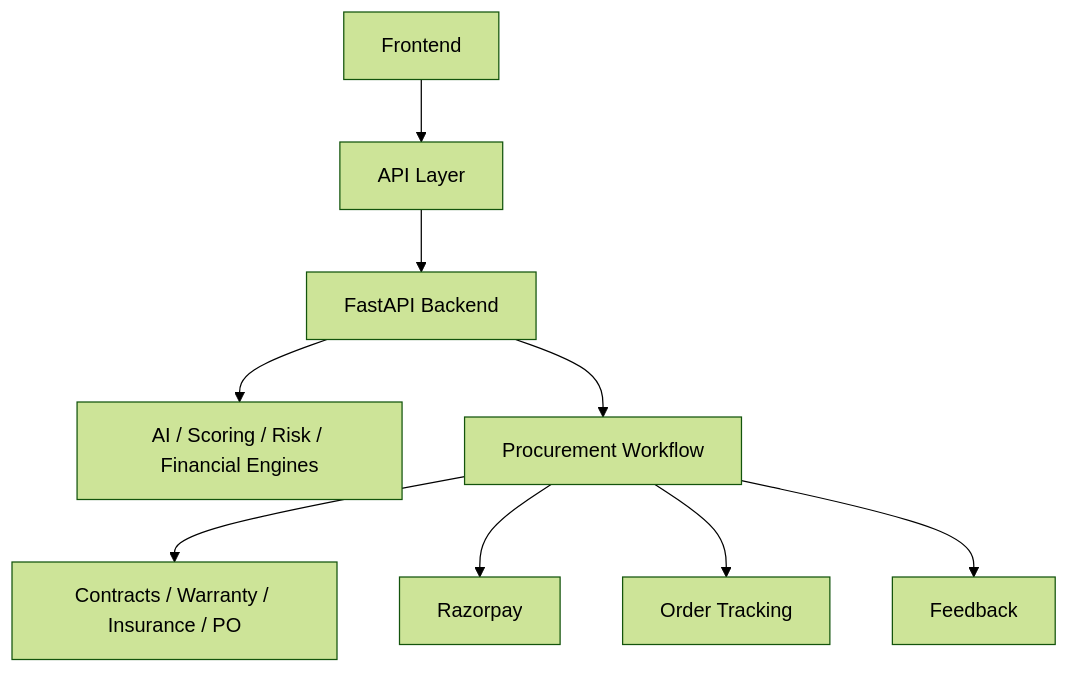
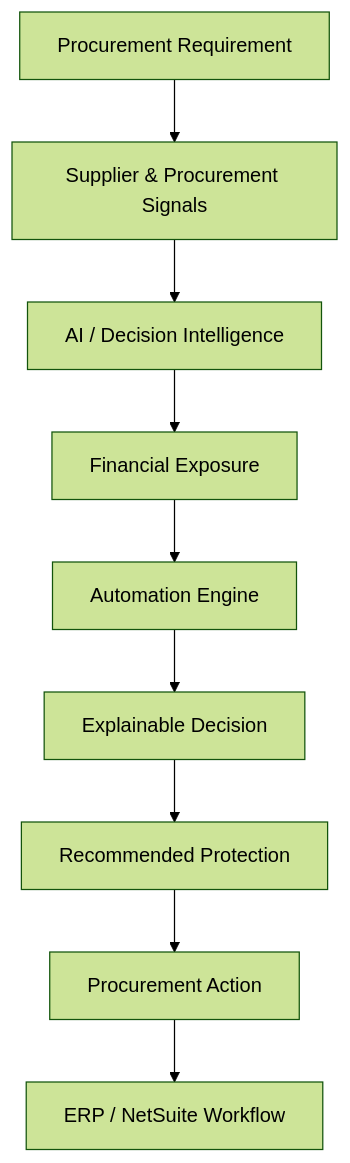
The first of 2 diagrams in README.md (Aaryan-2903/Aetheris-Zenesys), drawn with Mermaid (forest theme) before and after one commit. The commit also changed other lines of this file, not shown here.

````diff
--- a/README.md
+++ b/README.md
@@ -73,11 +46,11 @@
 ```mermaid
 flowchart TD
-    A[Frontend] --> B[API Layer]
-    B --> C[FastAPI Backend]
-    C --> D[AI / Scoring / Risk / Financial Engines]
-    C --> E[Procurement Workflow]
-    E --> F[Contracts / Warranty / Insurance / PO]
-    E --> G[Razorpay]
-    E --> H[Order Tracking]
-    E --> I[Feedback]
+    A[Procurement Requirement] --> B[Supplier & Procurement Signals]
+    B --> C[AI / Decision Intelligence]
+    C --> D[Financial Exposure]
+    D --> E[Automation Engine]
+    E --> F[Explainable Decision]
+    F --> G[Recommended Protection]
+    G --> H[Procurement Action]
+    H --> I[ERP / NetSuite Workflow]
 ```
````
